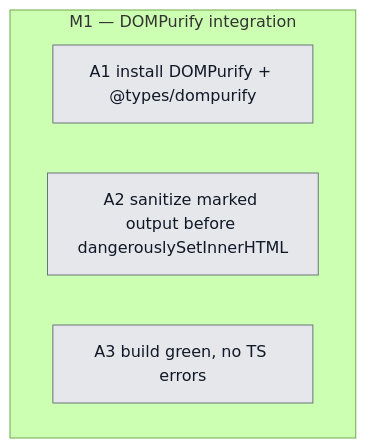
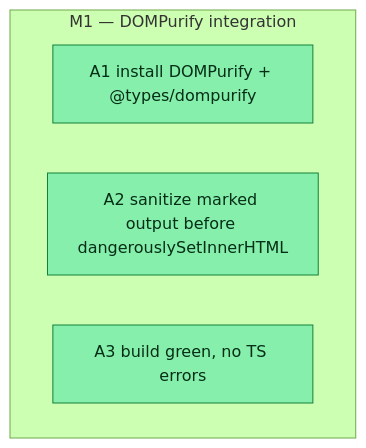
One commit to meanllbrl/dreamcontext changed the diagram in _dream_context/state/v06-markdownpreview-sanitize.md. Above: the diagram before and after it, drawn with Mermaid (forest theme). The commit also changed other lines of this file and 3 other files, not shown here.

First line of the commit message:
[fix] sanitize MarkdownPreview output with DOMPurify (XSS hardening)

````diff
--- a/_dream_context/state/v06-markdownpreview-sanitize.md
+++ b/_dream_context/state/v06-markdownpreview-sanitize.md
@@ -19,13 +19,13 @@
 ```mermaid
 flowchart TD
   subgraph M1 ["M1 — DOMPurify integration"]
-    A1[A1 install DOMPurify + @types/dompurify]:::todo
-    A2[A2 sanitize marked output before dangerouslySetInnerHTML]:::todo
-    A3[A3 build green, no TS errors]:::todo
+    A1[A1 install DOMPurify + @types/dompurify]:::done
+    A2[A2 sanitize marked output before dangerouslySetInnerHTML]:::done
+    A3[A3 build green, no TS errors]:::done
   end
 
   classDef done fill:#86efac,stroke:#15803d,color:#052e16
   classDef active fill:#fde68a,stroke:#b45309,color:#451a03
   classDef todo fill:#e5e7eb,stroke:#6b7280,color:#111827
   classDef blocked fill:#fecaca,stroke:#b91c1c,color:#450a0a
 ```
````
